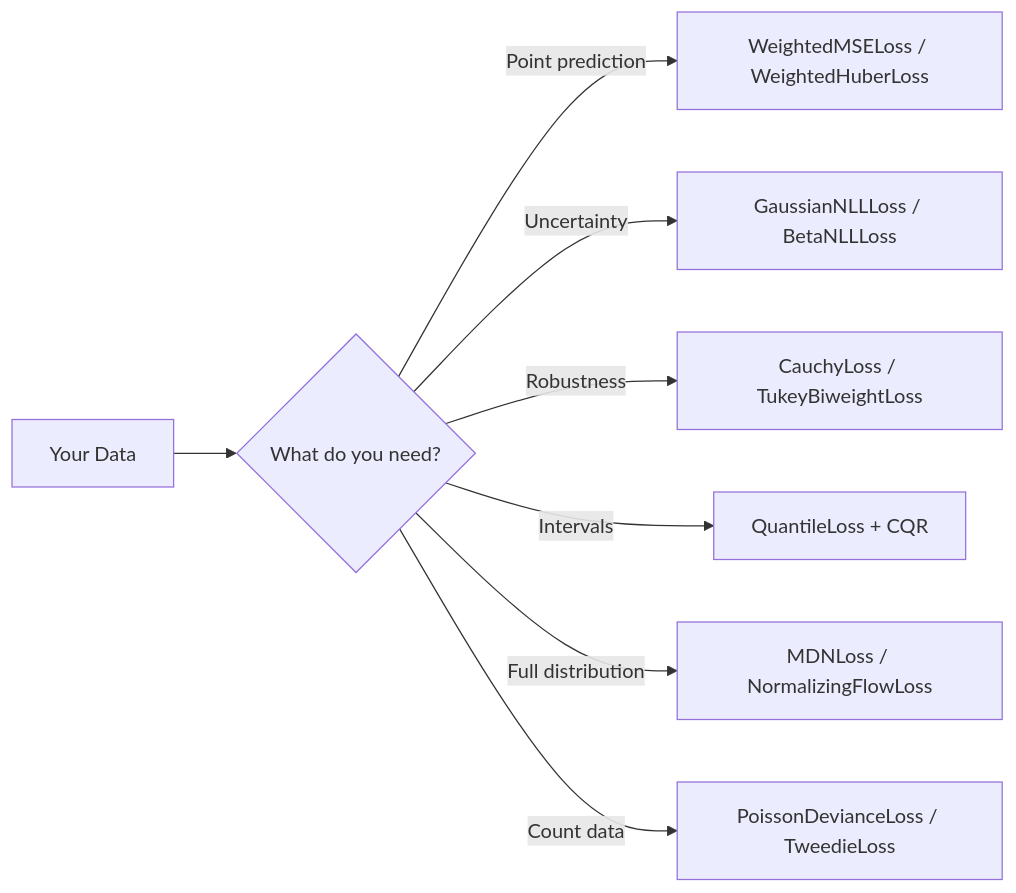
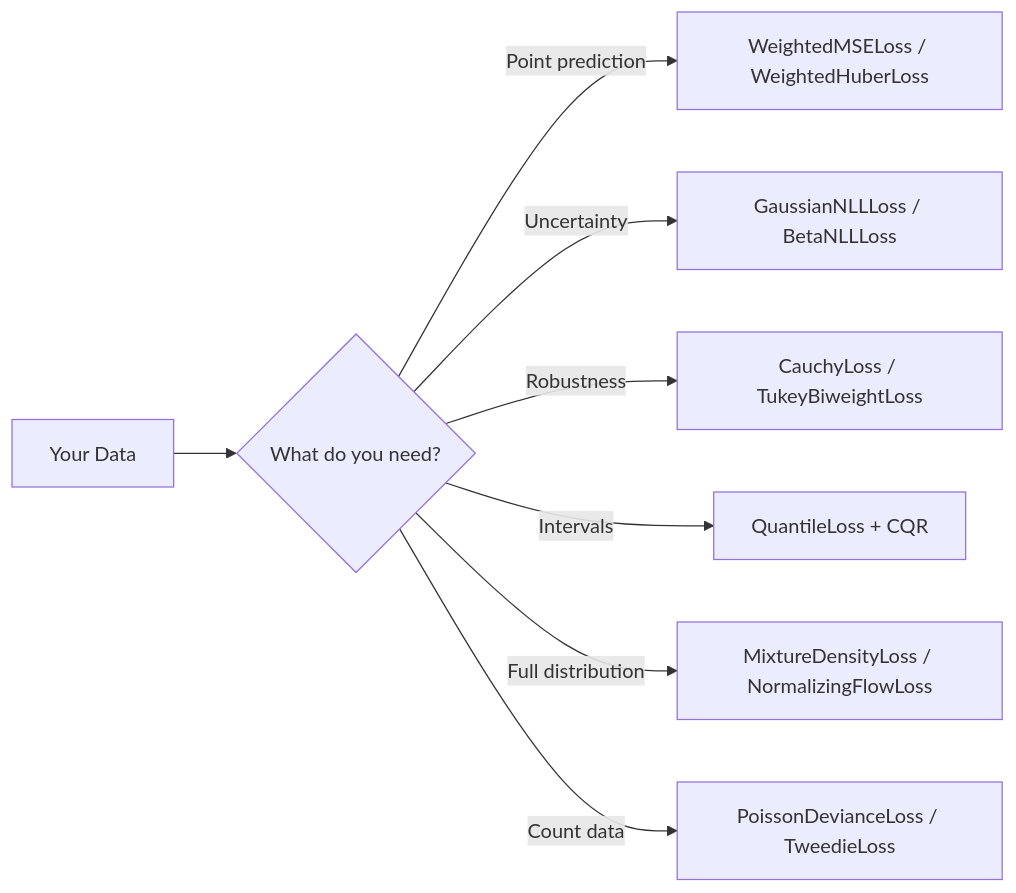
One commit to astroai/torchregress changed the diagram in docs/losses/index.md. Above: the diagram before and after it, drawn with Mermaid. The commit also changed other lines of this file and 115 other files, not shown here.

````diff
--- a/docs/losses/index.md
+++ b/docs/losses/index.md
@@ -32,10 +32,10 @@
 ```mermaid
 graph LR
     A["Your Data"] --> B{"What do you need?"}
     B -->|Point prediction| C["WeightedMSELoss / WeightedHuberLoss"]
     B -->|Uncertainty| D["GaussianNLLLoss / BetaNLLLoss"]
     B -->|Robustness| E["CauchyLoss / TukeyBiweightLoss"]
     B -->|Intervals| F["QuantileLoss + CQR"]
-    B -->|Full distribution| G["MDNLoss / NormalizingFlowLoss"]
+    B -->|Full distribution| G["MixtureDensityLoss / NormalizingFlowLoss"]
     B -->|Count data| H["PoissonDevianceLoss / TweedieLoss"]
 ```
````
